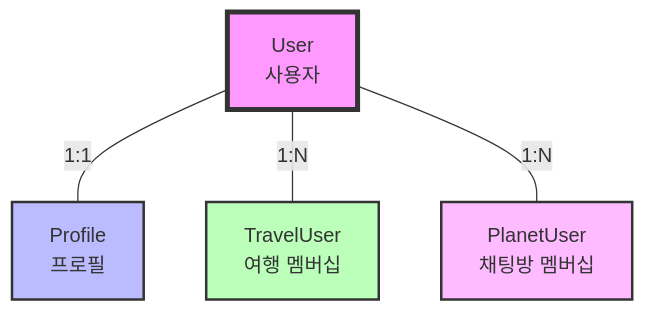
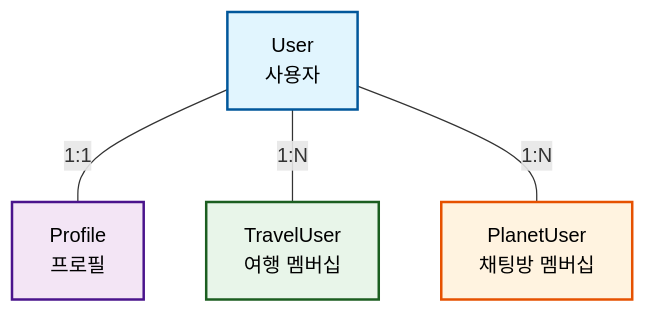
Before and after one commit to maximizest/connecto-nest: the second of 6 diagrams in .md/entity-relationship-diagram.md, drawn with Mermaid. The commit also changed other lines of this file, not shown here.

````diff
--- a/.md/entity-relationship-diagram.md
+++ b/.md/entity-relationship-diagram.md
@@ -47,16 +47,16 @@
 ```mermaid
 graph TB
     User[User<br/>사용자]
     Profile[Profile<br/>프로필]
     TravelUser[TravelUser<br/>여행 멤버십]
     PlanetUser[PlanetUser<br/>채팅방 멤버십]
     
     User ---|1:1| Profile
     User ---|1:N| TravelUser
     User ---|1:N| PlanetUser
     
-    style User fill:#f9f,stroke:#333,stroke-width:4px
-    style Profile fill:#bbf,stroke:#333,stroke-width:2px
-    style TravelUser fill:#bfb,stroke:#333,stroke-width:2px
-    style PlanetUser fill:#fbf,stroke:#333,stroke-width:2px
+    style User fill:#e1f5fe,stroke:#01579b,stroke-width:2px,color:#000
+    style Profile fill:#f3e5f5,stroke:#4a148c,stroke-width:2px,color:#000
+    style TravelUser fill:#e8f5e9,stroke:#1b5e20,stroke-width:2px,color:#000
+    style PlanetUser fill:#fff3e0,stroke:#e65100,stroke-width:2px,color:#000
 ```
````
